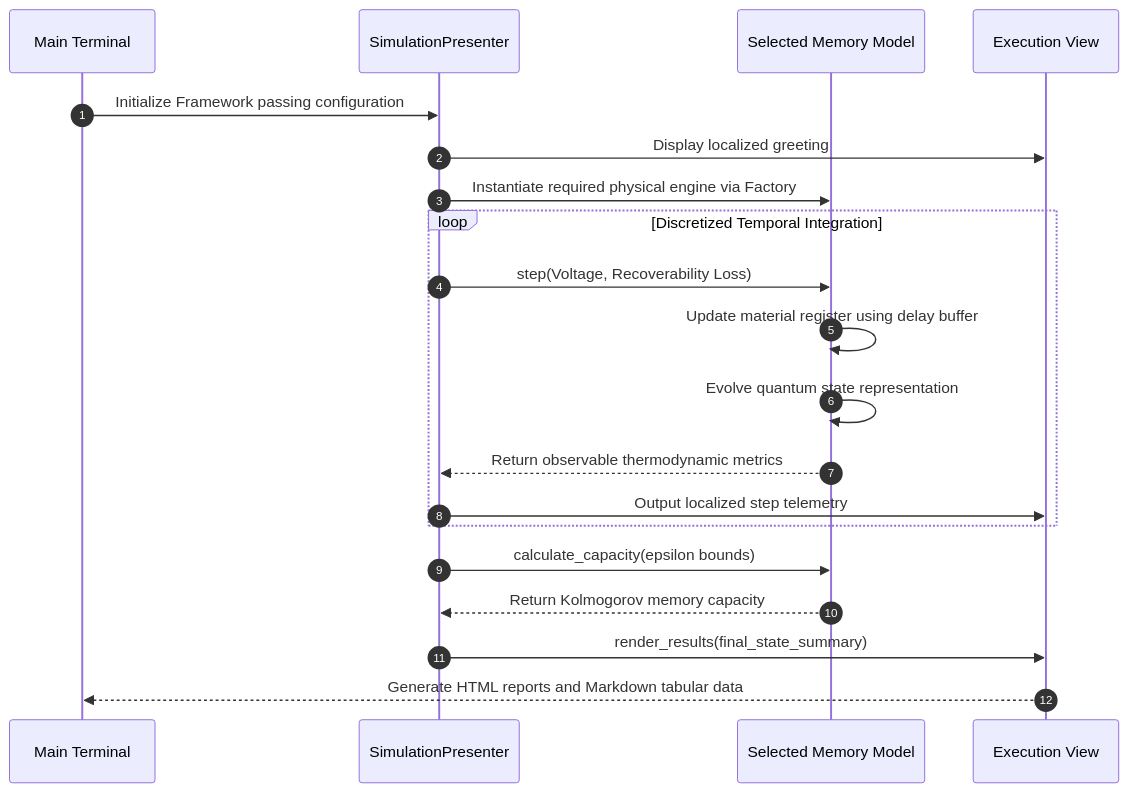
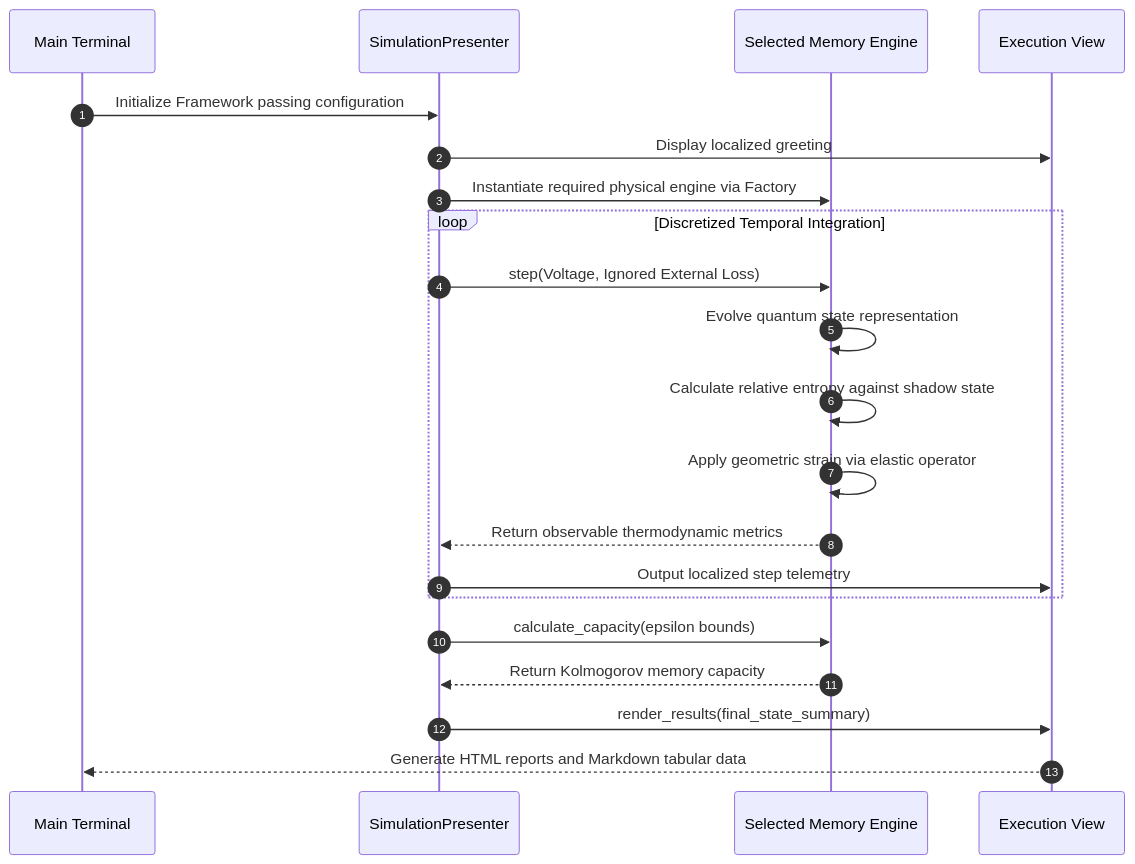
Before and after one commit to QC-UPM/OgTRQC: the third of 3 diagrams in README.md, drawn with Mermaid. The commit also changed other lines of this file and 69 other files, not shown here.

````diff
--- a/README.md
+++ b/README.md
@@ -143,25 +148,26 @@
 ```mermaid
 sequenceDiagram
     autonumber
     Participant CLI as Main Terminal
     Participant P as SimulationPresenter
-    Participant M as Selected Memory Model
+    Participant M as Selected Memory Engine
     Participant V as Execution View
 
     CLI ->> P: Initialize Framework passing configuration
     P ->> V: Display localized greeting
     P ->> M: Instantiate required physical engine via Factory
     
     loop Discretized Temporal Integration
-        P ->> M: step(Voltage, Recoverability Loss)
-        M ->> M: Update material register using delay buffer
+        P ->> M: step(Voltage, Ignored External Loss)
         M ->> M: Evolve quantum state representation
+        M ->> M: Calculate relative entropy against shadow state
+        M ->> M: Apply geometric strain via elastic operator
         M -->> P: Return observable thermodynamic metrics
         P ->> V: Output localized step telemetry
     end
     
     P ->> M: calculate_capacity(epsilon bounds)
     M -->> P: Return Kolmogorov memory capacity
     P ->> V: render_results(final_state_summary)
     V -->> CLI: Generate HTML reports and Markdown tabular data
 ```
````
